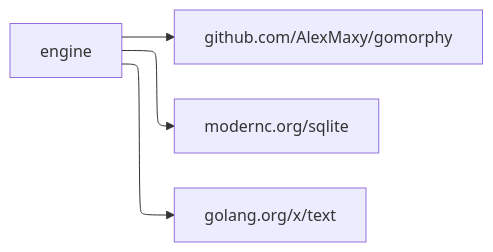
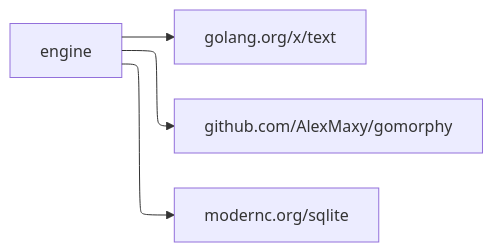
The diagram in llm-wiki/architecture.md (ajaxiis-rust/TNS), drawn with Mermaid before and after one commit. The commit also changed 13 other files, not shown here.

````diff
--- a/llm-wiki/architecture.md
+++ b/llm-wiki/architecture.md
@@ -5,11 +5,11 @@
 ```mermaid
 %%{init: {'flowchart': {'defaultRenderer': 'elk'}}}%%
 flowchart LR
     n0["engine"]
-    n1["github.com/AlexMaxy/gomorphy"]
-    n2["modernc.org/sqlite"]
-    n3["golang.org/x/text"]
+    n1["golang.org/x/text"]
+    n2["github.com/AlexMaxy/gomorphy"]
+    n3["modernc.org/sqlite"]
     n0 --> n1
     n0 --> n2
     n0 --> n3
 ```
````
